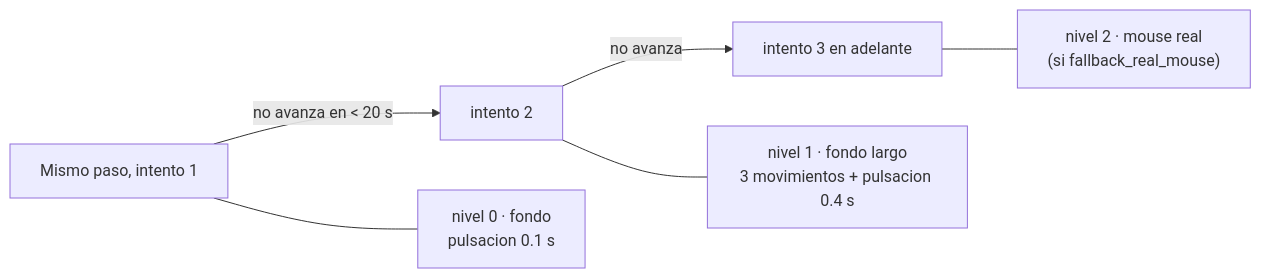
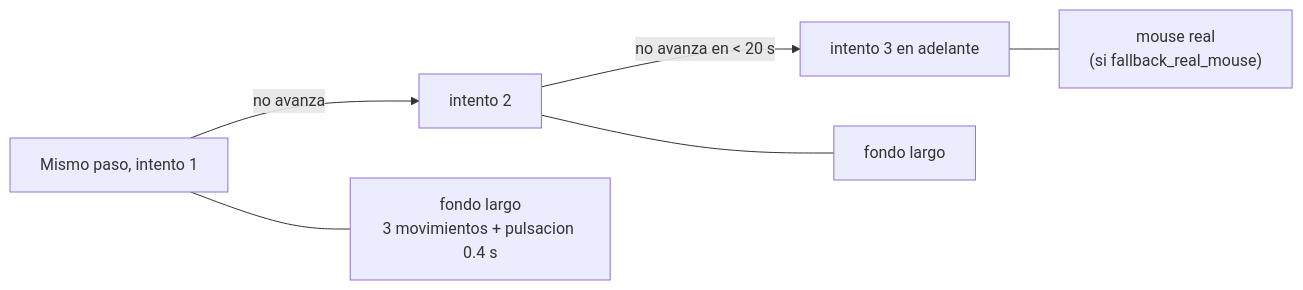
The third of 4 diagrams in docs/FUNCIONAMIENTO.md (joacoz29/AOGAutoRelog), drawn with Mermaid before and after one commit. The commit also changed other lines of this file and 30 other files, not shown here.

````diff
--- a/docs/FUNCIONAMIENTO.md
+++ b/docs/FUNCIONAMIENTO.md
@@ -92,8 +106,8 @@
 ```mermaid
 flowchart LR
-    A["Mismo paso, intento 1"] -->|"no avanza en < 20 s"| B["intento 2"]
-    B -->|"no avanza"| C["intento 3 en adelante"]
-    A --- A1["nivel 0 · fondo<br/>pulsacion 0.1 s"]
-    B --- B1["nivel 1 · fondo largo<br/>3 movimientos + pulsacion 0.4 s"]
-    C --- C1["nivel 2 · mouse real<br/>(si fallback_real_mouse)"]
+    A["Mismo paso, intento 1"] -->|"no avanza"| B["intento 2"]
+    B -->|"no avanza en < 20 s"| C["intento 3 en adelante"]
+    A --- A1["fondo largo<br/>3 movimientos + pulsacion 0.4 s"]
+    B --- B1["fondo largo"]
+    C --- C1["mouse real<br/>(si fallback_real_mouse)"]
 ```
````
